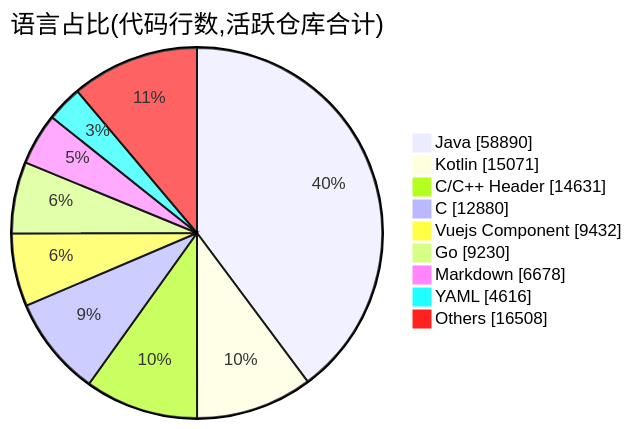
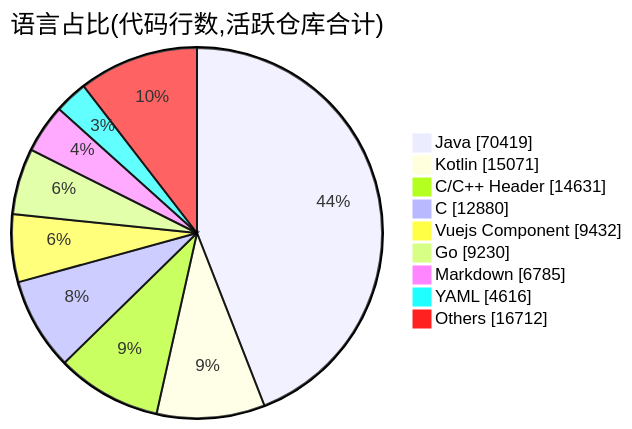
Before and after one commit to Conflux-Union/.github: the second of 2 diagrams in profile/README.md, drawn with Mermaid. The commit also changed other lines of this file and 1 other file, not shown here.

````diff
--- a/profile/README.md
+++ b/profile/README.md
@@ -74,13 +74,13 @@
 ```mermaid
 pie showData
     title 语言占比(代码行数,活跃仓库合计)
-    "Java" : 58890
+    "Java" : 70419
     "Kotlin" : 15071
     "C/C++ Header" : 14631
     "C" : 12880
     "Vuejs Component" : 9432
     "Go" : 9230
-    "Markdown" : 6678
+    "Markdown" : 6785
     "YAML" : 4616
-    "Others" : 16508
+    "Others" : 16712
 ```
````
